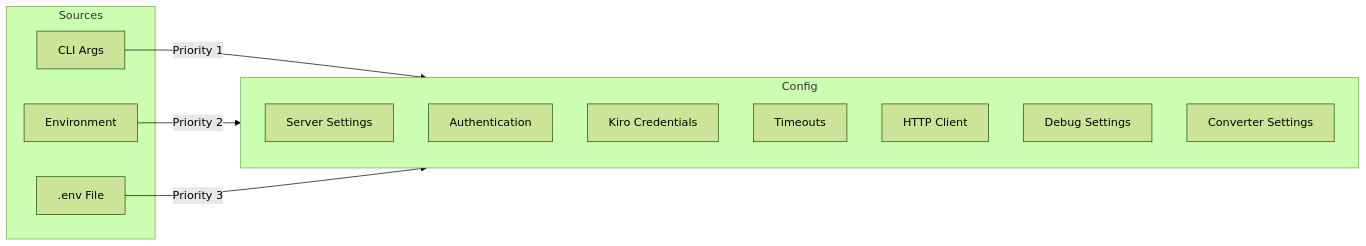
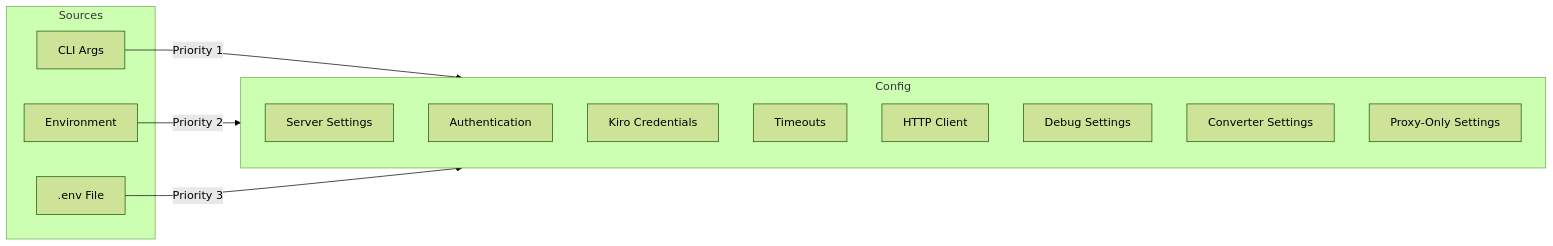
Before and after one commit to if414013/harbangan: the sixth of 18 diagrams in docs/ARCHITECTURE.md, drawn with Mermaid (forest theme). The commit also changed other lines of this file and 9 other files, not shown here.

First line of the commit message:
docs: update all documentation for Proxy-Only Mode deployment

````diff
--- a/docs/ARCHITECTURE.md
+++ b/docs/ARCHITECTURE.md
@@ -204,22 +385,23 @@
 ```mermaid
 flowchart LR
     subgraph Sources
         CLI[CLI Args]
         ENV[Environment]
         DOTENV[.env File]
     end
 
     subgraph Config
         SERVER[Server Settings]
         AUTH[Authentication]
         KIRO[Kiro Credentials]
         TIMEOUTS[Timeouts]
         HTTP[HTTP Client]
         DEBUG[Debug Settings]
         CONVERTER[Converter Settings]
+        PROXY[Proxy-Only Settings]
     end
 
     CLI --> |Priority 1| Config
     ENV --> |Priority 2| Config
     DOTENV --> |Priority 3| Config
 ```
````
